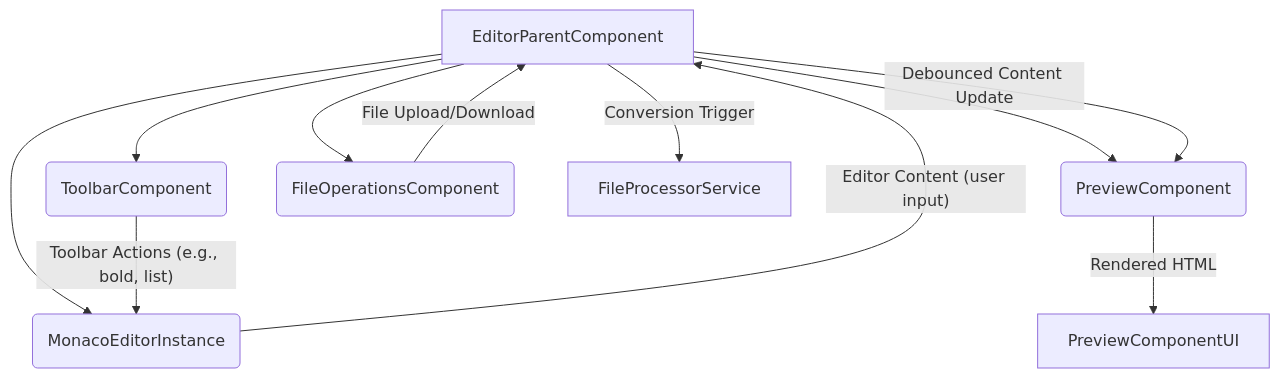
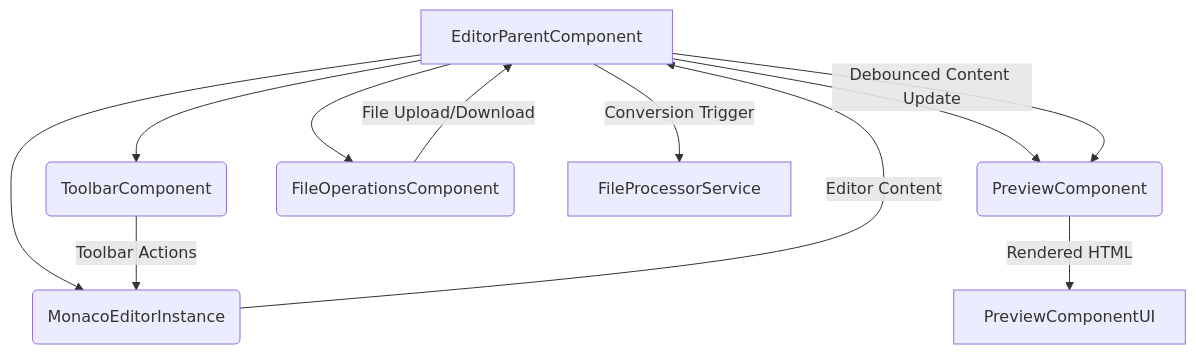
The second of 4 diagrams in src/content/blog/markdownpro-tech-story.mdx (rafay99-epic/Astro-Portfolio-Blog), drawn with Mermaid before and after one commit. The commit also changed other lines of this file and 14 other files, not shown here.

Commit message:
Project Update & Blog Diagram fixes

````diff
--- a/src/content/blog/markdownpro-tech-story.mdx
+++ b/src/content/blog/markdownpro-tech-story.mdx
@@ -187,14 +182,13 @@
 ```mermaid
 graph TD
     A[EditorParentComponent] --> B(MonacoEditorInstance)
     A --> C(PreviewComponent)
     A --> D(ToolbarComponent)
     A --> E(FileOperationsComponent)
-
-    B -- Editor Content (user input) --> A
+    B -- Editor Content --> A
     A -- Debounced Content Update --> C
     C -- Rendered HTML --> PreviewComponentUI
-    D -- Toolbar Actions (e.g., bold, list) --> B
+    D -- Toolbar Actions --> B
     E -- File Upload/Download --> A
     A -- Conversion Trigger --> FileProcessorService
 ```
````
